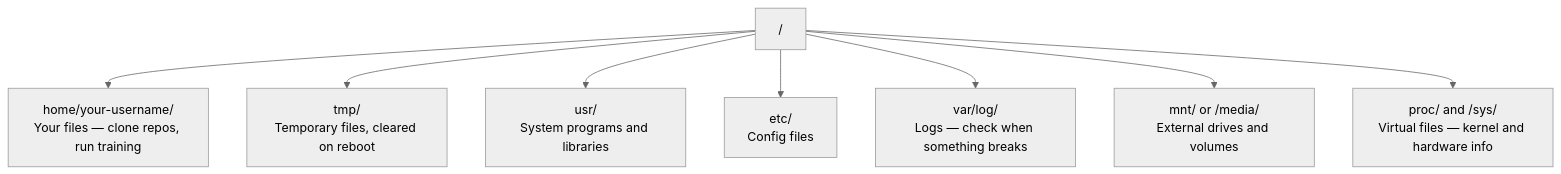
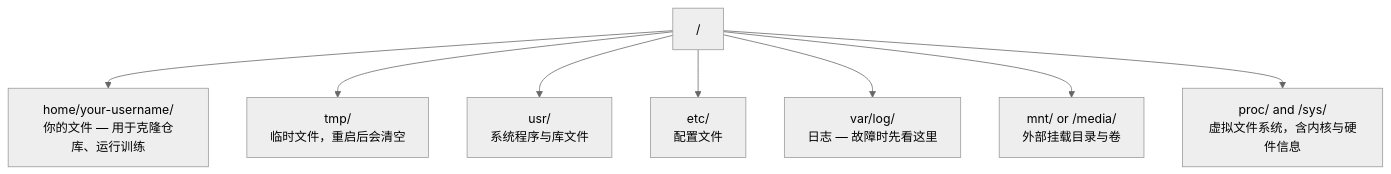
One commit to omigaZen/ai-engineering-from-scratch changed the diagram in phases/00-setup-and-tooling/11-linux-for-ai/docs/zh.md. Above: the diagram before and after it, drawn with Mermaid (neutral theme). The commit also changed other lines of this file, not shown here.

````diff
--- a/phases/00-setup-and-tooling/11-linux-for-ai/docs/zh.md
+++ b/phases/00-setup-and-tooling/11-linux-for-ai/docs/zh.md
@@ -27,10 +27,10 @@
 ```mermaid
 graph TD
-    root["/"] --> home["home/your-username/<br/>Your files — clone repos, run training"]
-    root --> tmp["tmp/<br/>Temporary files, cleared on reboot"]
-    root --> usr["usr/<br/>System programs and libraries"]
-    root --> etc["etc/<br/>Config files"]
-    root --> varlog["var/log/<br/>Logs — check when something breaks"]
-    root --> mnt["mnt/ or /media/<br/>External drives and volumes"]
-    root --> proc["proc/ and /sys/<br/>Virtual files — kernel and hardware info"]
+    root["/"] --> home["home/your-username/<br/>你的文件 — 用于克隆仓库、运行训练"]
+    root --> tmp["tmp/<br/>临时文件，重启后会清空"]
+    root --> usr["usr/<br/>系统程序与库文件"]
+    root --> etc["etc/<br/>配置文件"]
+    root --> varlog["var/log/<br/>日志 — 故障时先看这里"]
+    root --> mnt["mnt/ or /media/<br/>外部挂载目录与卷"]
+    root --> proc["proc/ and /sys/<br/>虚拟文件系统，含内核与硬件信息"]
 ```
````
